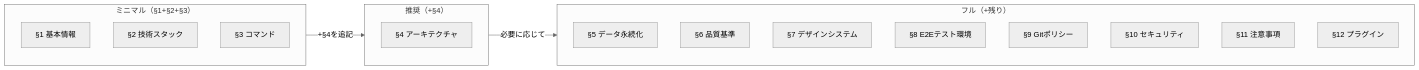
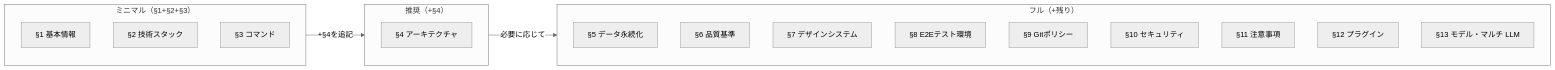
The diagram in project-blueprint/project-config.md (froggugugugu/project-blueprints), drawn with Mermaid (neutral theme) before and after one commit. The commit also changed other lines of this file and 68 other files, not shown here.

````diff
--- a/project-blueprint/project-config.md
+++ b/project-blueprint/project-config.md
@@ -22,26 +22,27 @@
 ```mermaid
 flowchart LR
     subgraph MINIMAL["ミニマル（§1+§2+§3）"]
         S1["§1 基本情報"]
         S2["§2 技術スタック"]
         S3["§3 コマンド"]
     end
 
     subgraph RECOMMEND["推奨（+§4）"]
         S4["§4 アーキテクチャ"]
     end
 
     subgraph FULL["フル（+残り）"]
         S5["§5 データ永続化"]
         S6["§6 品質基準"]
         S7["§7 デザインシステム"]
         S8["§8 E2Eテスト環境"]
         S9["§9 Gitポリシー"]
         S10["§10 セキュリティ"]
         S11["§11 注意事項"]
         S12["§12 プラグイン"]
+        S13["§13 モデル・マルチ LLM"]
     end
 
     MINIMAL -- "+§4を追記" --> RECOMMEND
     RECOMMEND -- "必要に応じて" --> FULL
 ```
````
